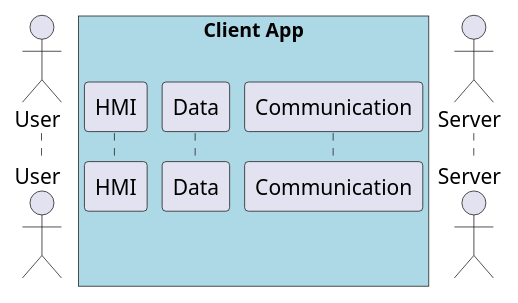
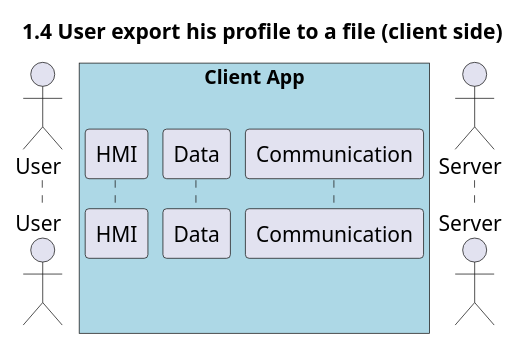
One commit to UTCAI12/Diagrams changed the diagram in sequence/1.4.user_export_profile_client.puml. Above: the diagram before and after it, drawn with PlantUML. The commit also changed 30 other files, not shown here.

Commit message:
adding titles on all diagrams

```diff
--- a/sequence/1.4.user_export_profile_client.puml
+++ b/sequence/1.4.user_export_profile_client.puml
@@ -1,11 +1,12 @@
 @startuml 1.4 User export his profile to a file (client side)
+title 1.4 User export his profile to a file (client side)
 
 actor "User" as user
 box "Client App" #LightBlue
     participant "HMI" as hmi
     participant "Data" as data
     participant "Communication" as com
 end box
 actor "Server" as server
 
 @enduml
```
